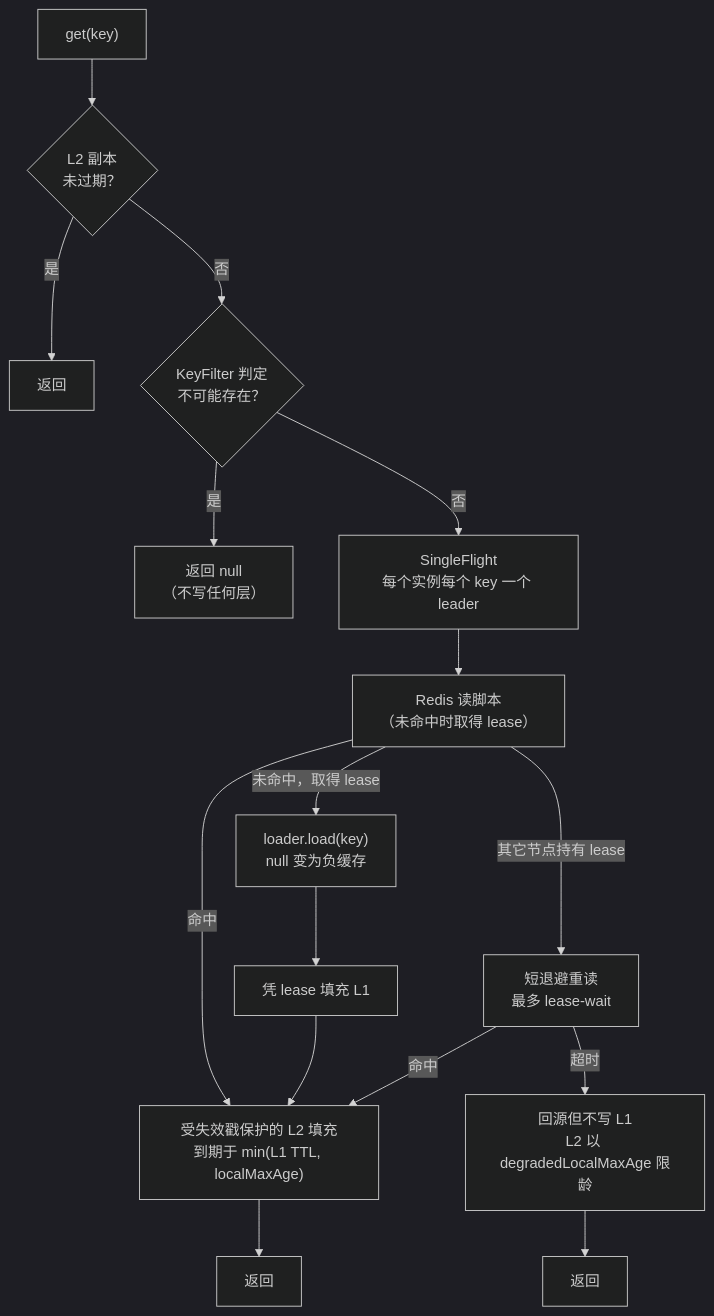
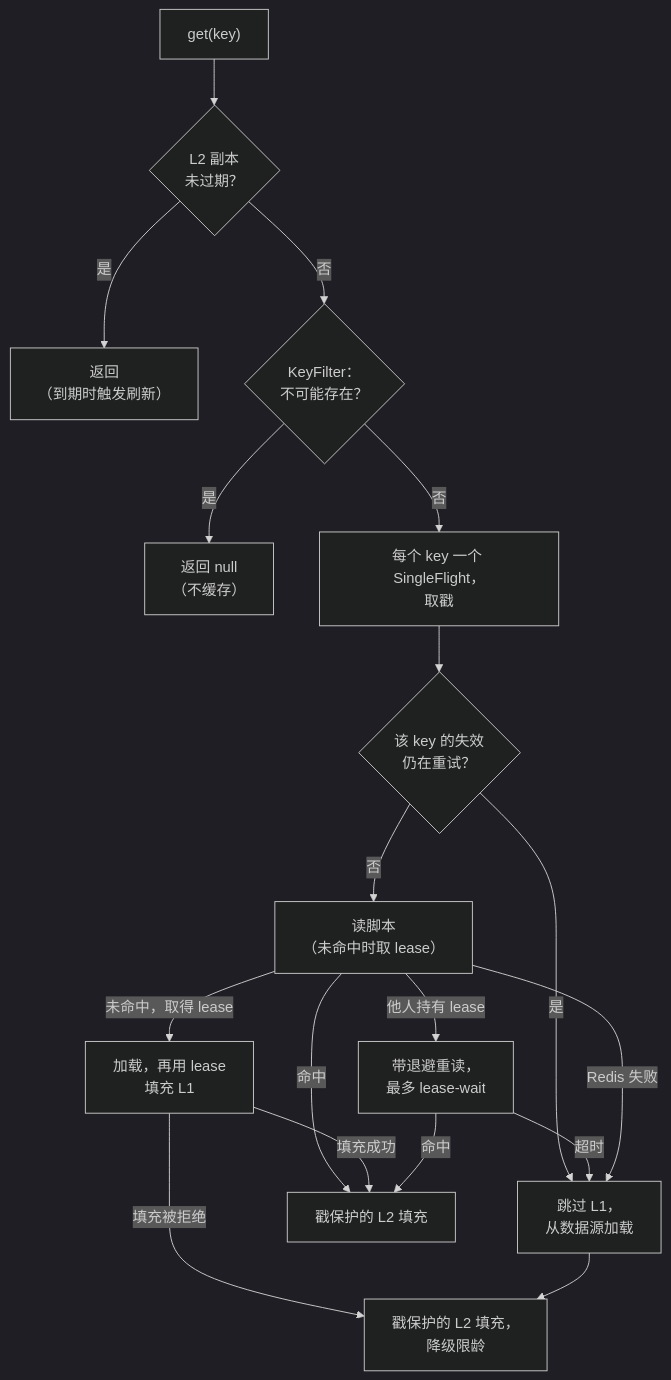
The fifth of 5 diagrams in wiki/zh/architecture/consistency.md (Ahoo-Wang/CoCache), drawn with Mermaid (dark theme) before and after one commit. The commit also changed other lines of this file and 23 other files, not shown here.

Commit message:
fix(core): SetCache format checks; docs: rewrite operations and architecture (en + zh)

````diff
--- a/wiki/zh/architecture/consistency.md
+++ b/wiki/zh/architecture/consistency.md
@@ -29,15 +175,20 @@
 ```mermaid
 flowchart TD
     G["get(key)"] --> L2{"L2 副本<br>未过期？"}
-    L2 -- 是 --> R1["返回"]
-    L2 -- 否 --> F{"KeyFilter 判定<br>不可能存在？"}
-    F -- 是 --> R2["返回 null<br>（不写任何层）"]
-    F -- 否 --> SF["SingleFlight<br>每个实例每个 key 一个 leader"]
-    SF --> RD["Redis 读脚本<br>（未命中时取得 lease）"]
-    RD -- 命中 --> FL["受失效戳保护的 L2 填充<br>到期于 min(L1 TTL, localMaxAge)"] --> R3["返回"]
-    RD -- "未命中，取得 lease" --> LD["loader.load(key)<br>null 变为负缓存"]
-    LD --> FI["凭 lease 填充 L1"] --> FL
-    RD -- "其它节点持有 lease" --> W["短退避重读<br>最多 lease-wait"]
+    L2 -- 是 --> R1["返回<br>（到期时触发刷新）"]
+    L2 -- 否 --> F{"KeyFilter：<br>不可能存在？"}
+    F -- 是 --> R2["返回 null<br>（不缓存）"]
+    F -- 否 --> SF["每个 key 一个 SingleFlight，<br>取戳"]
+    SF --> P{"该 key 的失效<br>仍在重试？"}
+    P -- 是 --> BY["跳过 L1，<br>从数据源加载"]
+    P -- 否 --> RD["读脚本<br>（未命中时取 lease）"]
+    RD -- 命中 --> FL["戳保护的 L2 填充"]
+    RD -- "未命中，取得 lease" --> LD["加载，再用 lease<br>填充 L1"]
+    LD -- "填充成功" --> FL
+    LD -- "填充被拒绝" --> DG["戳保护的 L2 填充，<br>降级限龄"]
+    RD -- "他人持有 lease" --> W["带退避重读，<br>最多 lease-wait"]
     W -- 命中 --> FL
-    W -- 超时 --> BY["回源但不写 L1<br>L2 以 degradedLocalMaxAge 限龄"] --> R4["返回"]
+    W -- 超时 --> BY
+    RD -- "Redis 失败" --> BY
+    BY --> DG
 ```
````
